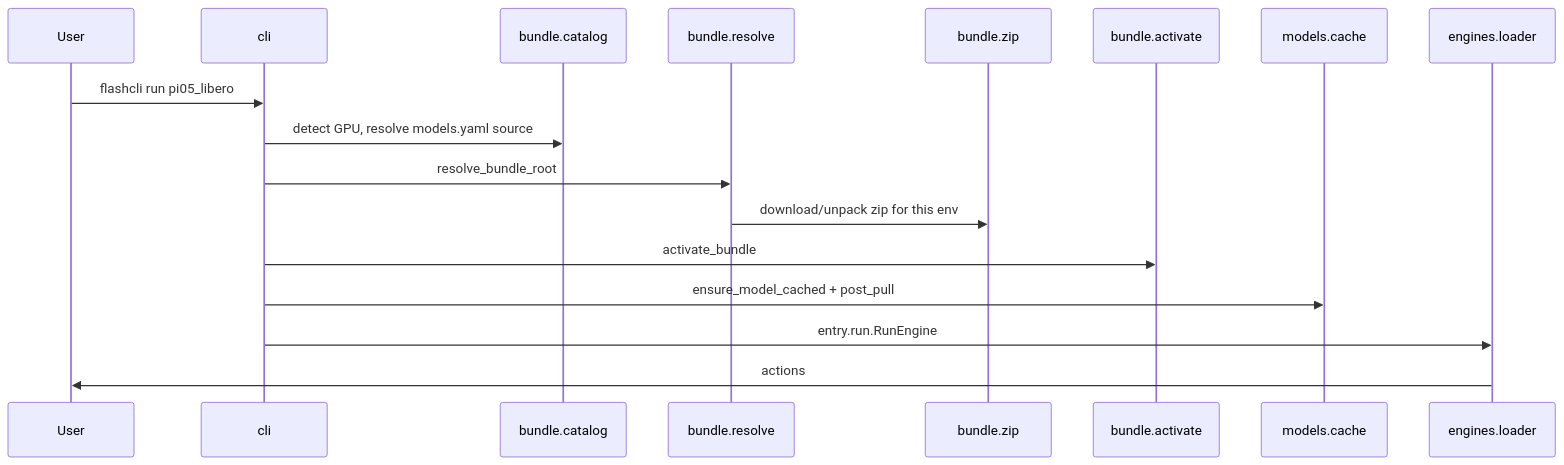
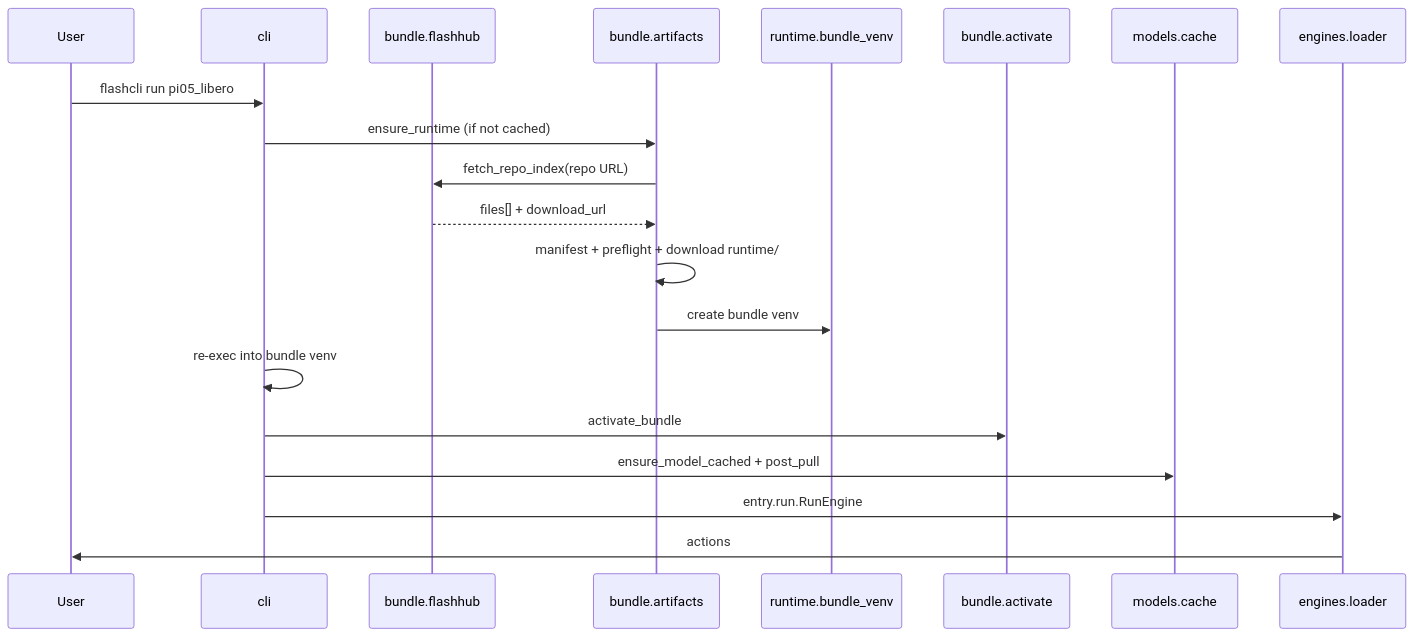
The diagram in docs/architecture.md (aodianyun/flashcli), drawn with Mermaid before and after one commit. The commit also changed other lines of this file and 72 other files, not shown here.

````diff
--- a/docs/architecture.md
+++ b/docs/architecture.md
@@ -33,20 +33,23 @@
 ```mermaid
 sequenceDiagram
   participant U as User
   participant CLI as cli
-  participant Cat as bundle.catalog
-  participant Res as bundle.resolve
-  participant Zip as bundle.zip
+  participant FH as bundle.flashhub
+  participant Art as bundle.artifacts
+  participant Venv as runtime.bundle_venv
   participant Act as bundle.activate
   participant Cache as models.cache
   participant Ldr as engines.loader
 
   U->>CLI: flashcli run pi05_libero
-  CLI->>Cat: detect GPU, resolve models.yaml source
-  CLI->>Res: resolve_bundle_root
-  Res->>Zip: download/unpack zip for this env
+  CLI->>Art: ensure_runtime (if not cached)
+  Art->>FH: fetch_repo_index(repo URL)
+  FH-->>Art: files[] + download_url
+  Art->>Art: manifest + preflight + download runtime/
+  Art->>Venv: create bundle venv
+  CLI->>CLI: re-exec into bundle venv
   CLI->>Act: activate_bundle
   CLI->>Cache: ensure_model_cached + post_pull
   CLI->>Ldr: entry.run.RunEngine
   Ldr->>U: actions
 ```
````
